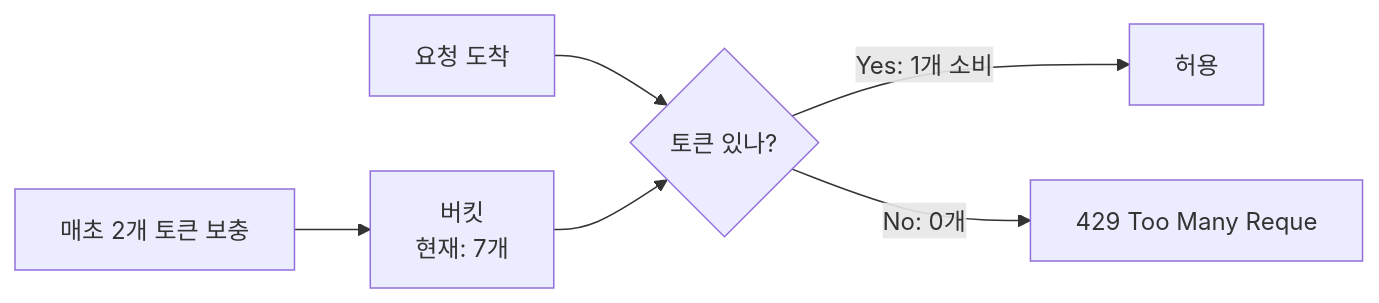
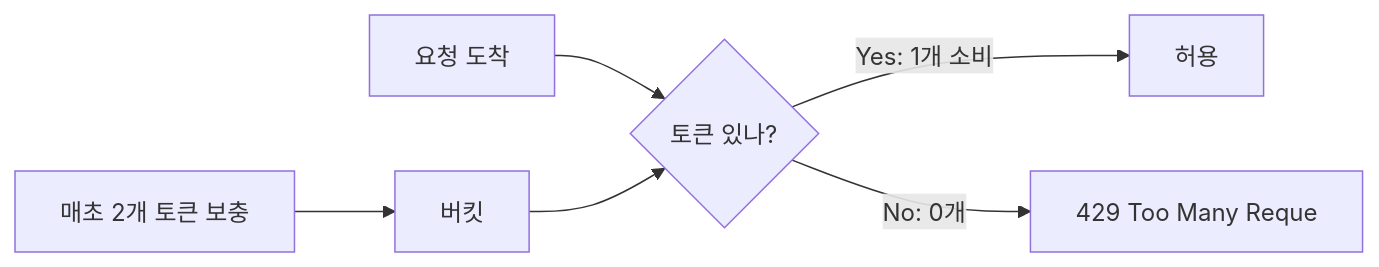
One commit to yjkim2015/yjkim2015.github.io changed the first of 7 diagrams in _posts/systemdesign/2026-05-02-system-design-rate-limiter.md. Above: the diagram before and after it, drawn with Mermaid. The commit also changed other lines of this file and 217 other files, not shown here.

First line of the commit message:
Mermaid 크기 수정: useMaxWidth:true + SVG max-width:100% + 라벨 축소

````diff
--- a/_posts/systemdesign/2026-05-02-system-design-rate-limiter.md
+++ b/_posts/systemdesign/2026-05-02-system-design-rate-limiter.md
@@ -33,8 +33,8 @@
 ```mermaid
 graph LR
-    Refill["매초 2개 토큰 보충"] --> Bucket["버킷\n현재: 7개"]
+    Refill["매초 2개 토큰 보충"] --> Bucket["버킷"]
     Request["요청 도착"] --> Check{"토큰 있나?"}
     Check -->|"Yes: 1개 소비"| Allow["허용"]
     Check -->|"No: 0개"| Deny["429 Too Many Reque"]
     Bucket --> Check
 ```
````
